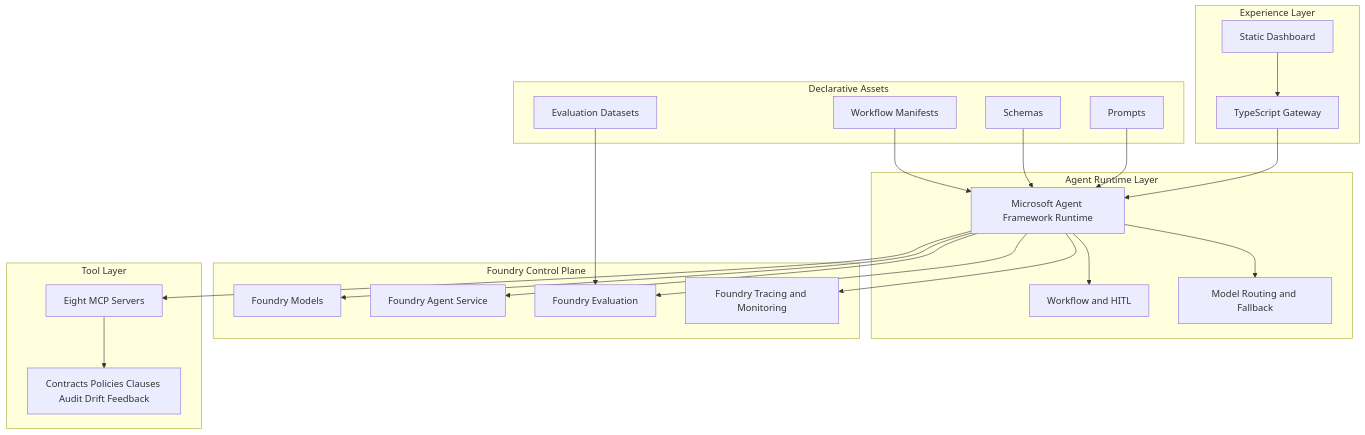
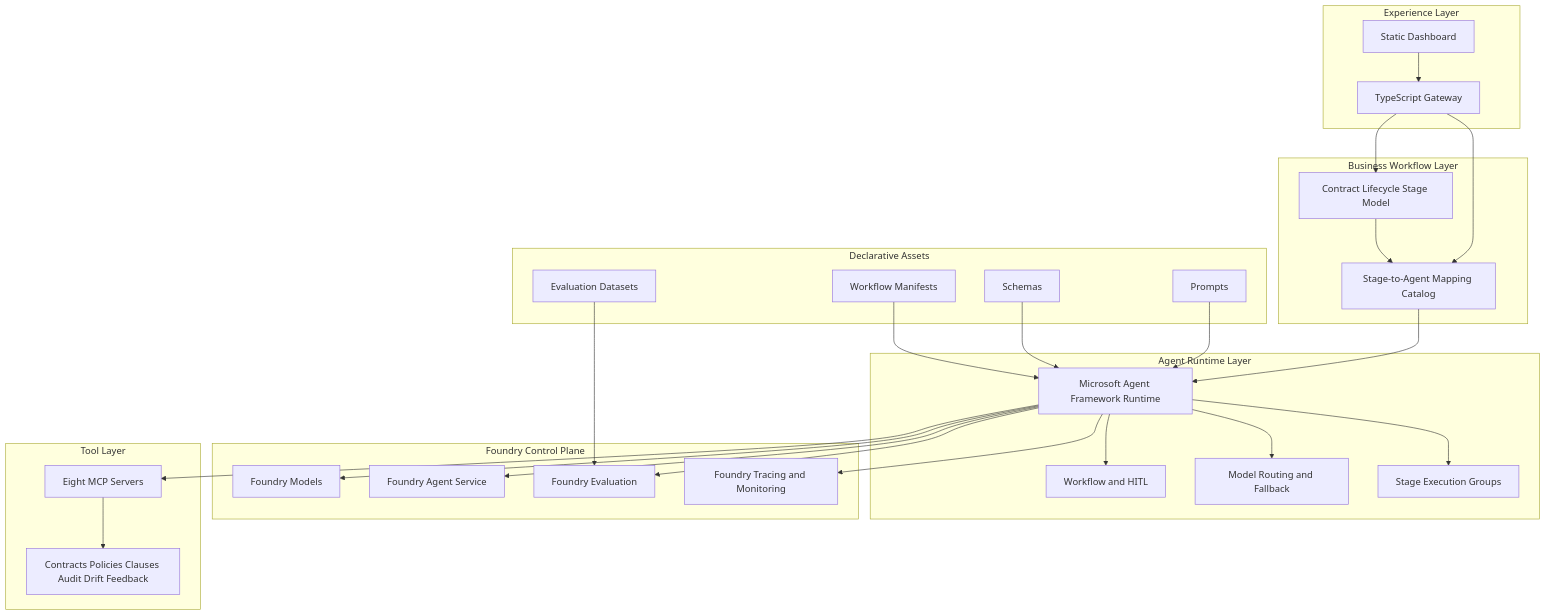
Before and after one commit to jnPiyush/AgentOps: the fifth of 5 diagrams in contract-agentops-demo/docs/adr/ADR-ContractAgentOps-Demo.md, drawn with Mermaid. The commit also changed other lines of this file and 86 other files, not shown here.

Commit message:
feat: align contract lifecycle demo and Azure deployment

````diff
--- a/contract-agentops-demo/docs/adr/ADR-ContractAgentOps-Demo.md
+++ b/contract-agentops-demo/docs/adr/ADR-ContractAgentOps-Demo.md
@@ -140,47 +161,57 @@
 ```mermaid
 graph TB
     subgraph Experience[Experience Layer]
         UI[Static Dashboard]
         GW[TypeScript Gateway]
     end
 
+    subgraph Business[Business Workflow Layer]
+        CL[Contract Lifecycle Stage Model]
+        SM[Stage-to-Agent Mapping Catalog]
+    end
+
     subgraph Runtime[Agent Runtime Layer]
         AFR[Microsoft Agent Framework Runtime]
         WF[Workflow and HITL]
         MR[Model Routing and Fallback]
+        SG[Stage Execution Groups]
     end
 
     subgraph Control[Foundry Control Plane]
         FM[Foundry Models]
         FA[Foundry Agent Service]
         FE[Foundry Evaluation]
         FT[Foundry Tracing and Monitoring]
     end
 
     subgraph Tools[Tool Layer]
         MCP[Eight MCP Servers]
         DATA[Contracts Policies Clauses Audit Drift Feedback]
     end
 
     subgraph Assets[Declarative Assets]
         PR[Prompts]
         SC[Schemas]
         WM[Workflow Manifests]
         EV[Evaluation Datasets]
     end
 
     UI --> GW
-    GW --> AFR
+    GW --> CL
+    GW --> SM
+    CL --> SM
+    SM --> AFR
     AFR --> WF
     AFR --> MR
+    AFR --> SG
     AFR --> FM
     AFR --> FA
     AFR --> FE
     AFR --> FT
     AFR --> MCP
     MCP --> DATA
     PR --> AFR
     SC --> AFR
     WM --> AFR
     EV --> FE
 ```
````
